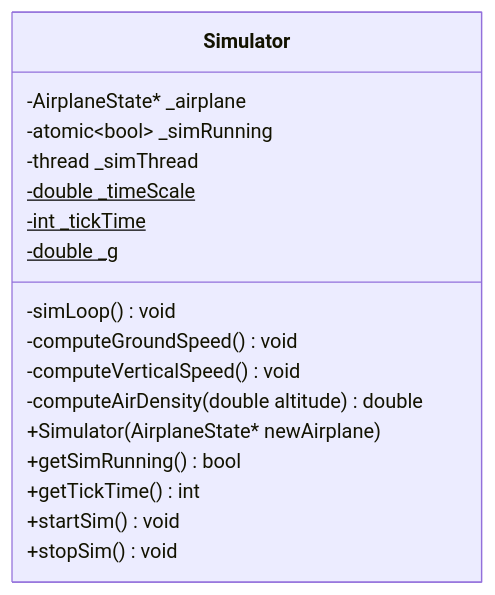
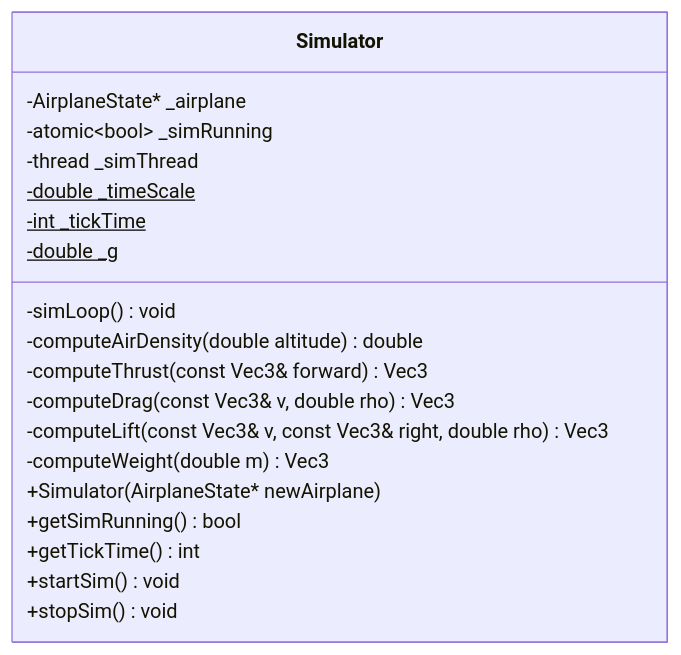
One commit to EtienneDumai/avionics changed the fifth of 10 diagrams in docs/classDiagram.md. Above: the diagram before and after it, drawn with Mermaid. The commit also changed other lines of this file and 3 other files, not shown here.

````diff
--- a/docs/classDiagram.md
+++ b/docs/classDiagram.md
@@ -116,20 +117,22 @@
 ```mermaid
 classDiagram
     class Simulator {
         -AirplaneState* _airplane
         -atomic~bool~ _simRunning
         -thread _simThread
         -double _timeScale$
         -int _tickTime$
         -double _g$
         -simLoop() void
-        -computeGroundSpeed() void
-        -computeVerticalSpeed() void
         -computeAirDensity(double altitude) double
+        -computeThrust(const Vec3& forward) Vec3
+        -computeDrag(const Vec3& v, double rho) Vec3
+        -computeLift(const Vec3& v, const Vec3& right, double rho) Vec3
+        -computeWeight(double m) Vec3
         +Simulator(AirplaneState* newAirplane)
         +getSimRunning() bool
         +getTickTime() int
         +startSim() void
         +stopSim() void
     }
 ```
````
